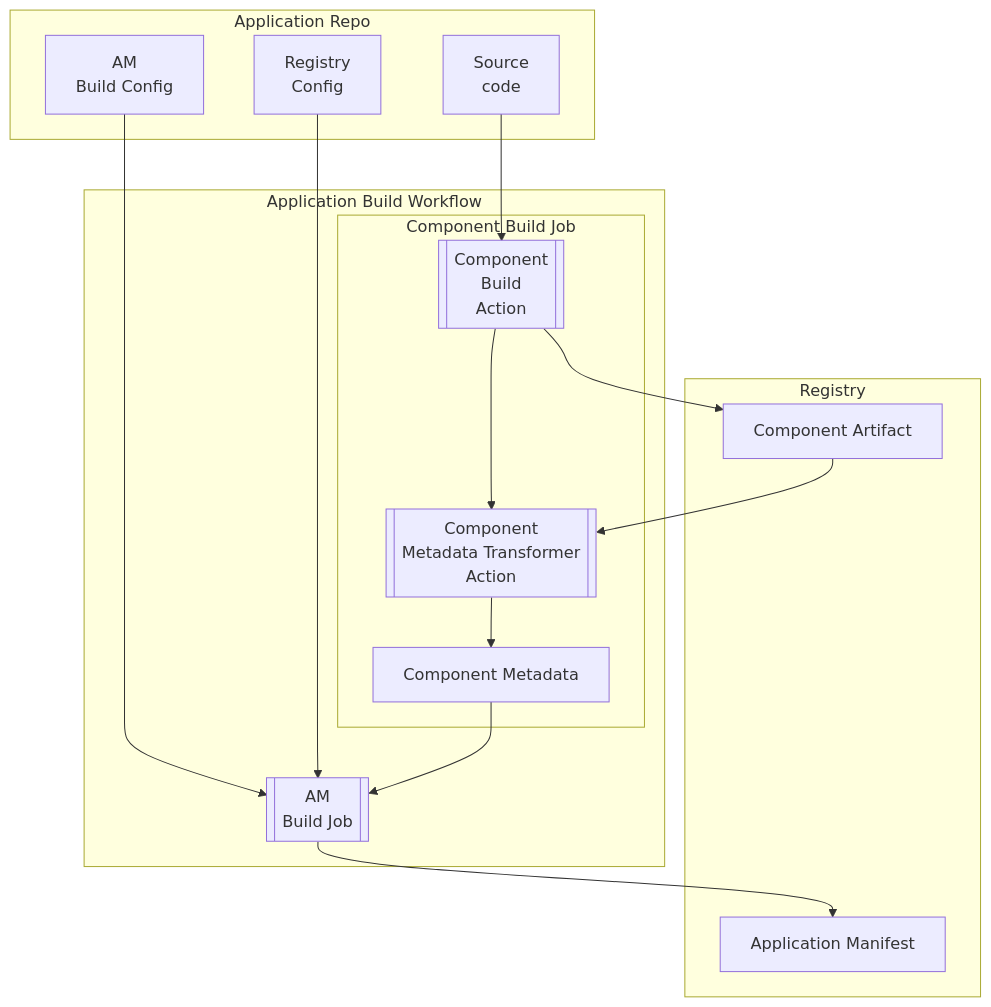
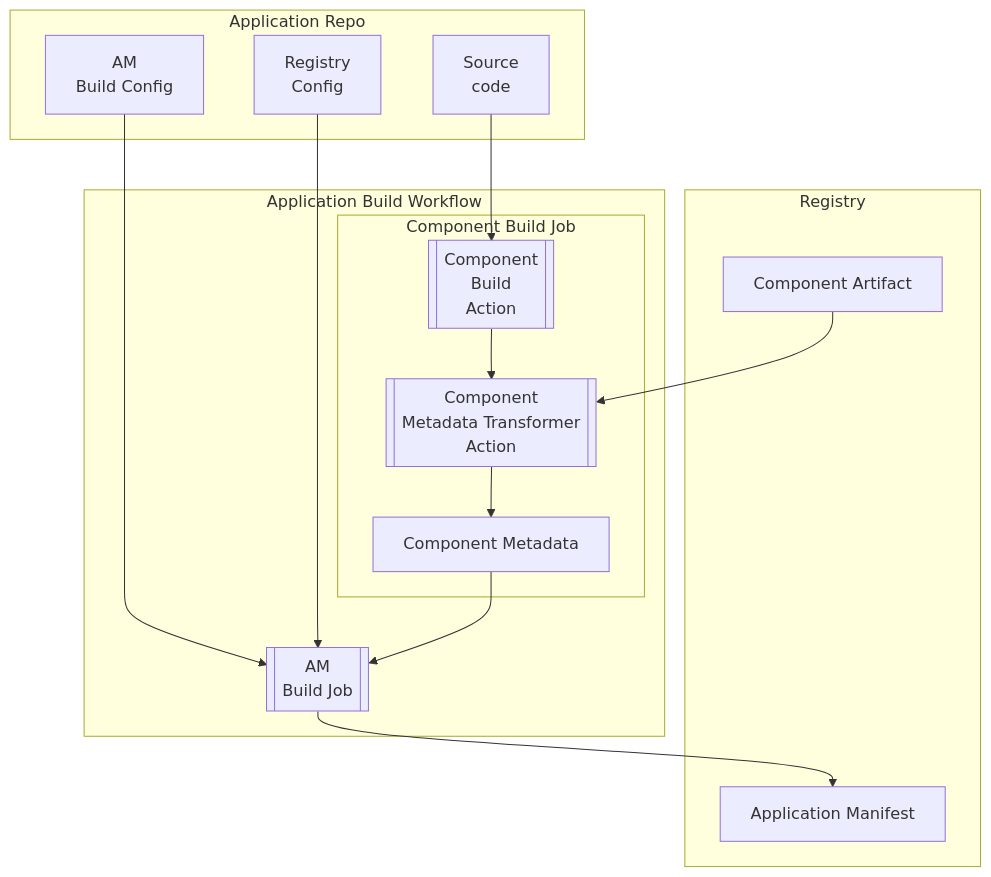
Before and after one commit to sivareddyit/qubership-envgene: the diagram in docs/analysis/application-manifest-build-cli.md, drawn with Mermaid. The commit also changed other lines of this file, not shown here.

````diff
--- a/docs/analysis/application-manifest-build-cli.md
+++ b/docs/analysis/application-manifest-build-cli.md
@@ -31,29 +31,28 @@
 ```mermaid
 flowchart TD
     subgraph Application Repo
-      A[AM\nBuild Config]
-      B[Registry\nConfig]
-      C[Source\ncode]
+      A[AM<br>Build Config]
+      B[Registry<br>Config]
+      C[Source<br>code]
     end
     subgraph Registry
       F[Application Manifest]
       H[Component Artifact]
     end
     subgraph Application Build Workflow
       subgraph Component Build Job
-        D1[[Component\nBuild\nAction]]
-        D2[[Component\nMetadata Transformer\nAction]]
+        D1[[Component<br>Build<br>Action]]
+        D2[[Component<br>Metadata Transformer<br>Action]]
         D3[Component Metadata]
         D1 --> D2
         D2 --> D3
       end
-      E[[AM\nBuild Job]]
+      E[[AM<br>Build Job]]
     end
     A --> E
     B --> E
-    D1 --> H
     D3 --> E
     H --> D2
     C --> D1
     E --> F
 ```
````
